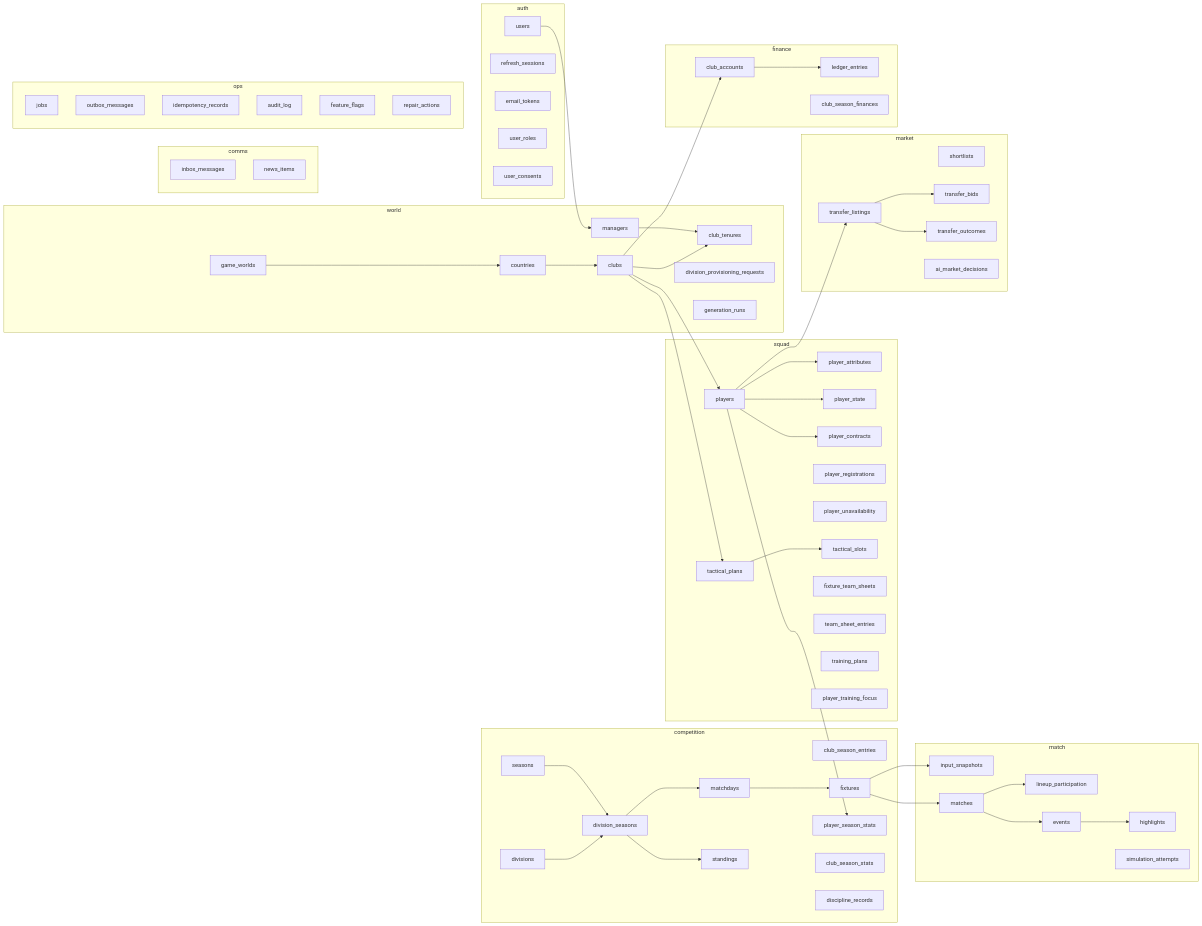
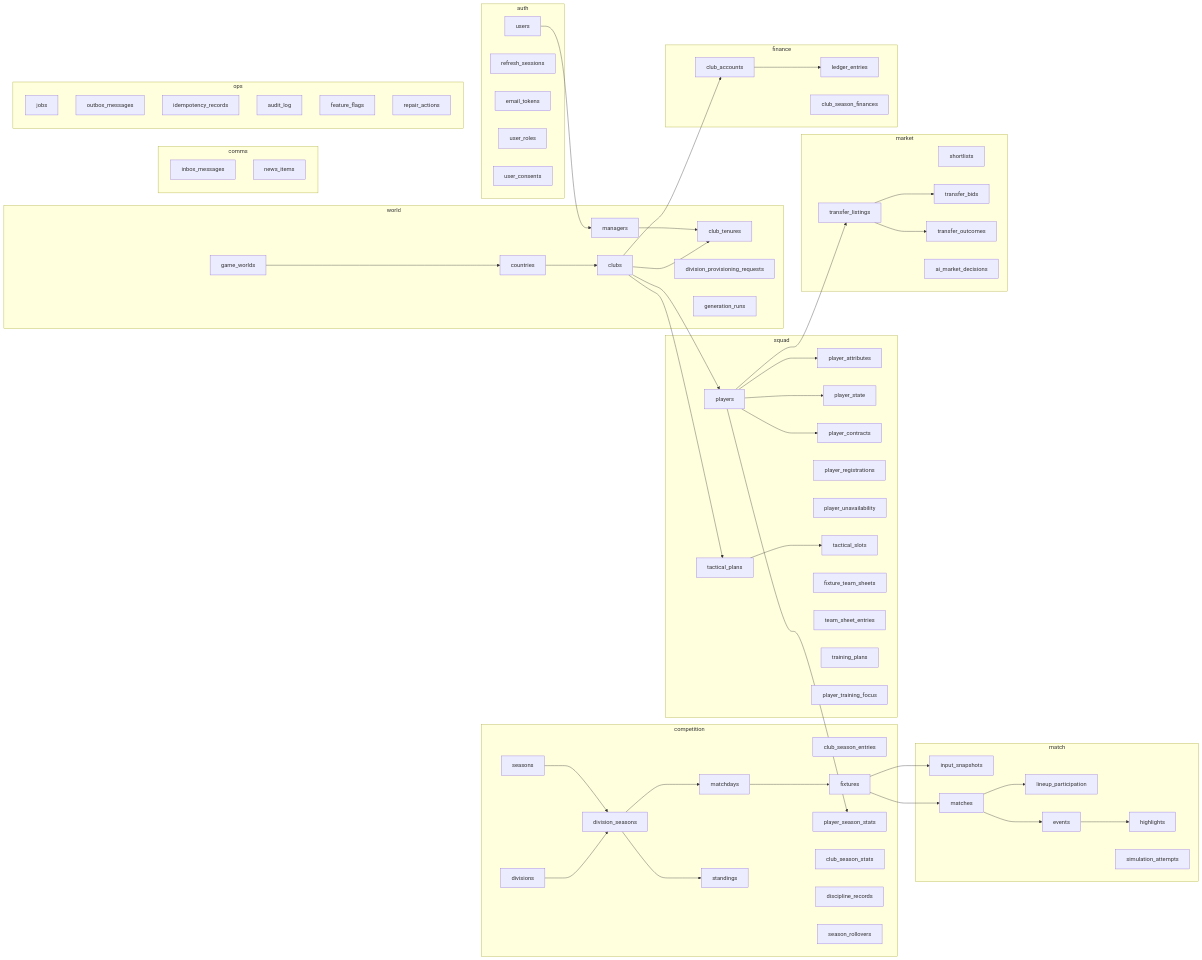
One commit to EndAroundCarry/touchline-manager-online changed the first of 5 diagrams in docs/architecture/data-model.md. Above: the diagram before and after it, drawn with Mermaid. The commit also changed other lines of this file and 38 other files, not shown here.

```diff
--- a/docs/architecture/data-model.md
+++ b/docs/architecture/data-model.md
@@ -69,6 +69,7 @@
         player_season_stats
         club_season_stats
         discipline_records
+        season_rollovers
     end
     subgraph match[match]
         input_snapshots
```
